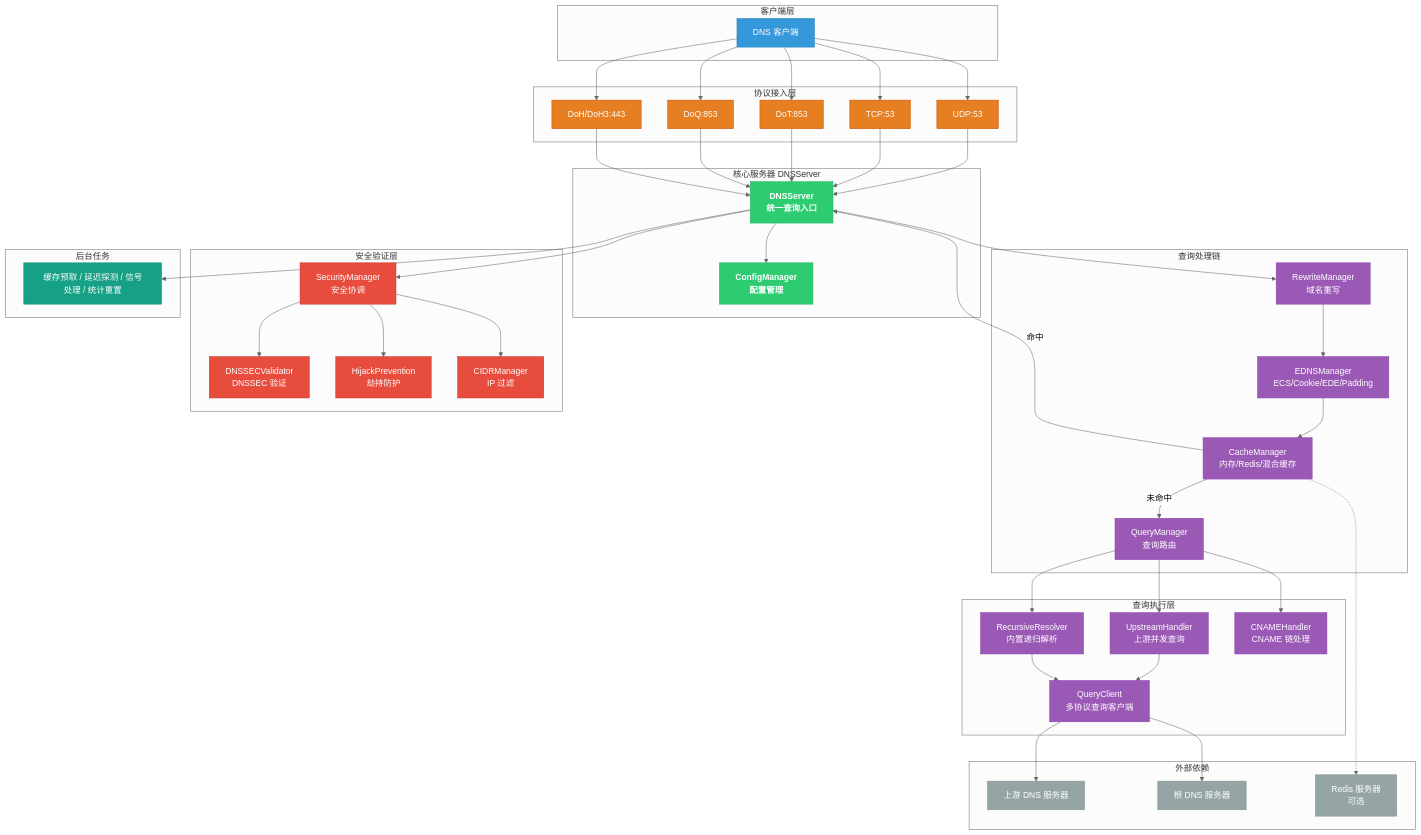
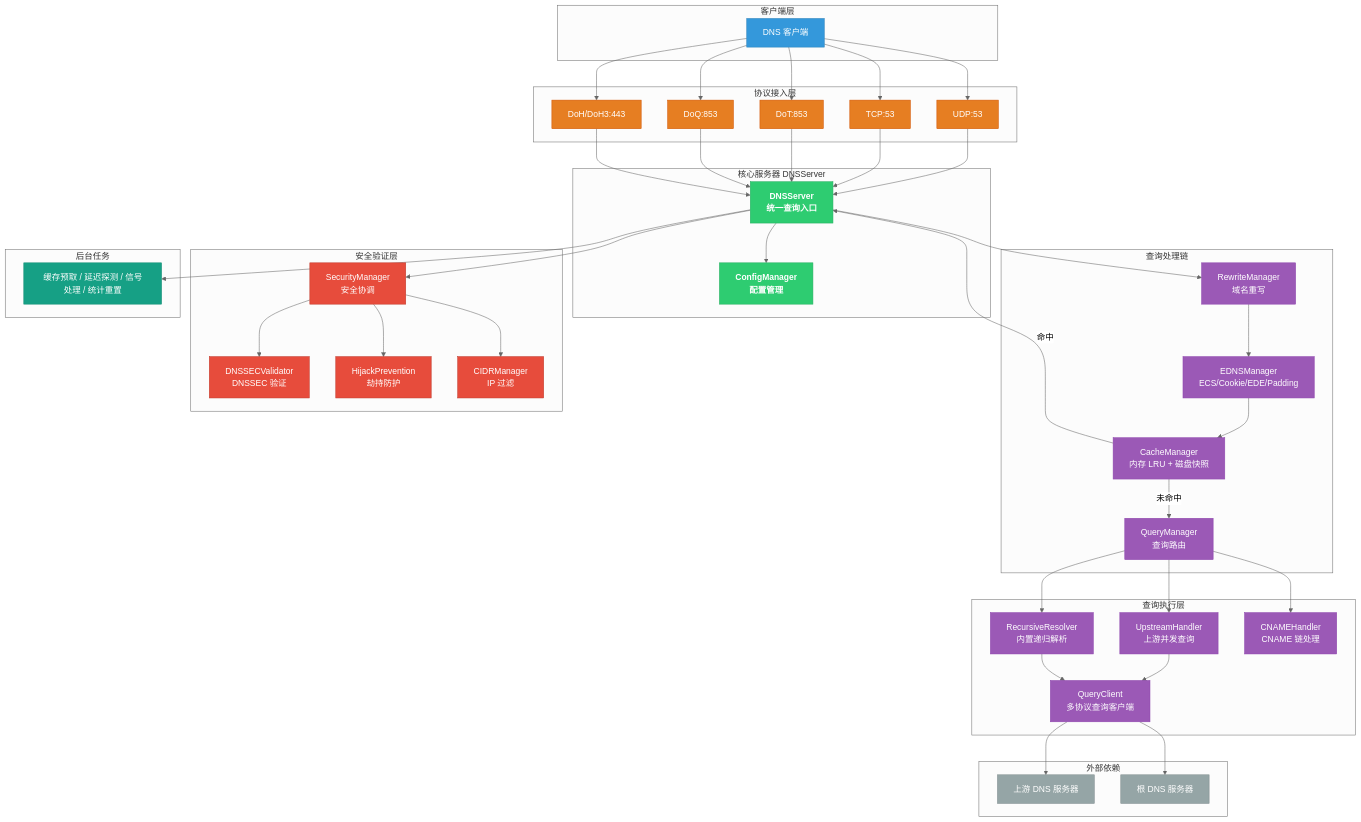
One commit to hezhijie0327/ZJDNS changed the first of 2 diagrams in README.md. Above: the diagram before and after it, drawn with Mermaid (neutral theme). The commit also changed other lines of this file and 7 other files, not shown here.

````diff
--- a/README.md
+++ b/README.md
@@ -115,80 +115,78 @@
 ```mermaid
 graph TB
     subgraph "客户端层"
         A[DNS 客户端]
     end
 
     subgraph "协议接入层"
         D[UDP:53]
         E[TCP:53]
         F[DoT:853]
         G[DoQ:853]
         H[DoH/DoH3:443]
     end
 
     subgraph "核心服务器 DNSServer"
         B[DNSServer<br>统一查询入口]
         C[ConfigManager<br>配置管理]
     end
 
     subgraph "查询处理链"
         RM[RewriteManager<br>域名重写]
         EM[EDNSManager<br>ECS/Cookie/EDE/Padding]
-        CM[CacheManager<br>内存/Redis/混合缓存]
+        CM[CacheManager<br>内存 LRU + 磁盘快照]
         QM[QueryManager<br>查询路由]
     end
 
     subgraph "查询执行层"
         UH[UpstreamHandler<br>上游并发查询]
         RR[RecursiveResolver<br>内置递归解析]
         CH[CNAMEHandler<br>CNAME 链处理]
         QC[QueryClient<br>多协议查询客户端]
     end
 
     subgraph "安全验证层"
         SM[SecurityManager<br>安全协调]
         DS[DNSSECValidator<br>DNSSEC 验证]
         HP[HijackPrevention<br>劫持防护]
         CIDR[CIDRManager<br>IP 过滤]
     end
 
     subgraph "外部依赖"
         EE[上游 DNS 服务器]
         GG[根 DNS 服务器]
-        FF[Redis 服务器<br>可选]
     end
 
     subgraph "后台任务"
         BG[缓存预取 / 延迟探测 / 信号处理 / 统计重置]
     end
 
     A --> D & E & F & G & H
     D & E & F & G & H --> B
     B --> C
     B --> RM --> EM --> CM
     CM -->|命中| B
     CM -->|未命中| QM
     QM --> UH --> QC --> EE
     QM --> RR --> QC --> GG
     QM --> CH
     B --> SM --> DS & HP & CIDR
-    CM -.-> FF
     B --> BG
 
     classDef client fill:#3498db,stroke:#2980b9,color:#fff
     classDef protocol fill:#e67e22,stroke:#d35400,color:#fff
     classDef core fill:#2ecc71,stroke:#27ae60,color:#fff,font-weight:bold
     classDef query fill:#9b59b6,stroke:#8e44ad,color:#fff
     classDef security fill:#e74c3c,stroke:#c0392b,color:#fff
     classDef external fill:#95a5a6,stroke:#7f8c8d,color:#fff
     classDef bg fill:#16a085,stroke:#138d75,color:#fff
 
     class A client
     class D,E,F,G,H protocol
     class B,C core
     class RM,EM,CM,QM query
     class UH,RR,CH,QC query
     class SM,DS,HP,CIDR security
-    class EE,GG,FF external
+    class EE,GG external
     class BG bg
 ```
````
